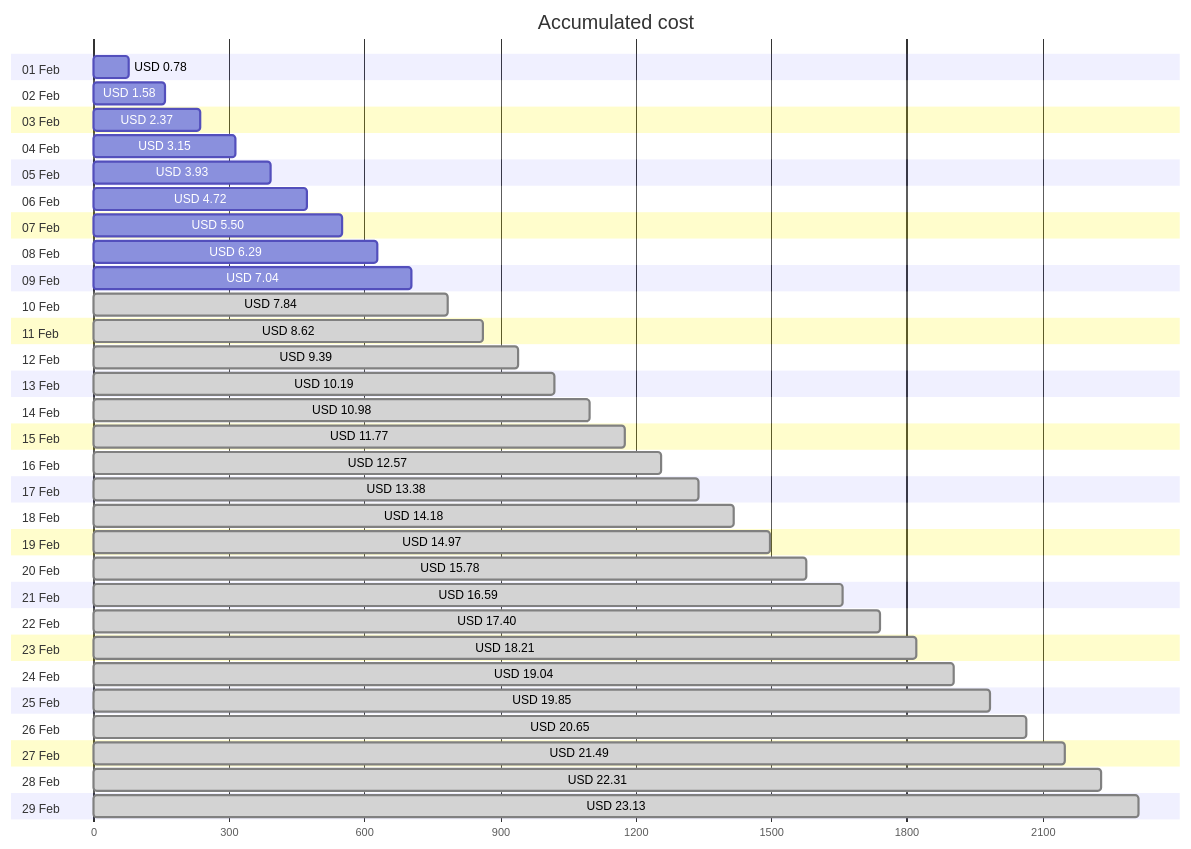
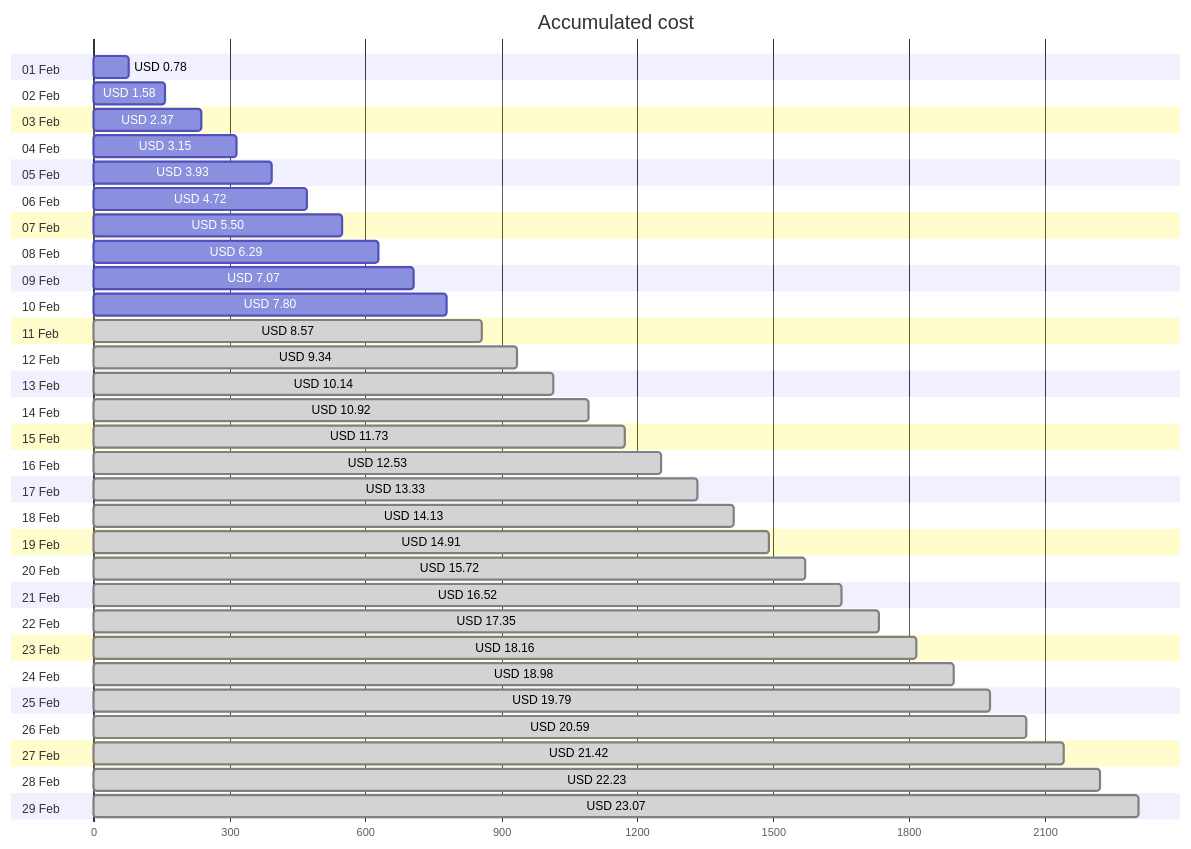
Before and after one commit to jpfulton/azure-personal-reports: the first of 4 diagrams in cost-reports/personal-network/backup-server-data-disk.md, drawn with Mermaid. The commit also changed other lines of this file and 8 other files, not shown here.

````diff
--- a/cost-reports/personal-network/backup-server-data-disk.md
+++ b/cost-reports/personal-network/backup-server-data-disk.md
@@ -20,64 +20,64 @@
 ```mermaid
 gantt
    title Accumulated cost
    dateFormat  X
    axisFormat %s
    section 01 Feb
    USD 0.78 :0, 78
    section 02 Feb
    USD 1.58 :0, 158
    section 03 Feb
    USD 2.37 :0, 237
    section 04 Feb
    USD 3.15 :0, 315
    section 05 Feb
    USD 3.93 :0, 393
    section 06 Feb
    USD 4.72 :0, 472
    section 07 Feb
    USD 5.50 :0, 550
    section 08 Feb
    USD 6.29 :0, 629
    section 09 Feb
-   USD 7.04 :0, 704
+   USD 7.07 :0, 707
    section 10 Feb
-   USD 7.84 : done, 0, 784
+   USD 7.80 :0, 780
    section 11 Feb
-   USD 8.62 : done, 0, 862
+   USD 8.57 : done, 0, 857
    section 12 Feb
-   USD 9.39 : done, 0, 939
+   USD 9.34 : done, 0, 934
    section 13 Feb
-   USD 10.19 : done, 0, 1019
+   USD 10.14 : done, 0, 1014
    section 14 Feb
-   USD 10.98 : done, 0, 1098
+   USD 10.92 : done, 0, 1092
    section 15 Feb
-   USD 11.77 : done, 0, 1177
+   USD 11.73 : done, 0, 1173
    section 16 Feb
-   USD 12.57 : done, 0, 1257
+   USD 12.53 : done, 0, 1253
    section 17 Feb
-   USD 13.38 : done, 0, 1338
+   USD 13.33 : done, 0, 1333
    section 18 Feb
-   USD 14.18 : done, 0, 1418
+   USD 14.13 : done, 0, 1413
    section 19 Feb
-   USD 14.97 : done, 0, 1497
+   USD 14.91 : done, 0, 1491
    section 20 Feb
-   USD 15.78 : done, 0, 1578
+   USD 15.72 : done, 0, 1572
    section 21 Feb
-   USD 16.59 : done, 0, 1659
+   USD 16.52 : done, 0, 1652
    section 22 Feb
-   USD 17.40 : done, 0, 1740
+   USD 17.35 : done, 0, 1735
    section 23 Feb
-   USD 18.21 : done, 0, 1821
+   USD 18.16 : done, 0, 1816
    section 24 Feb
-   USD 19.04 : done, 0, 1904
+   USD 18.98 : done, 0, 1898
    section 25 Feb
-   USD 19.85 : done, 0, 1985
+   USD 19.79 : done, 0, 1979
    section 26 Feb
-   USD 20.65 : done, 0, 2065
+   USD 20.59 : done, 0, 2059
    section 27 Feb
-   USD 21.49 : done, 0, 2149
+   USD 21.42 : done, 0, 2142
    section 28 Feb
-   USD 22.31 : done, 0, 2231
+   USD 22.23 : done, 0, 2223
    section 29 Feb
-   USD 23.13 : done, 0, 2313
+   USD 23.07 : done, 0, 2307
 ```
````
